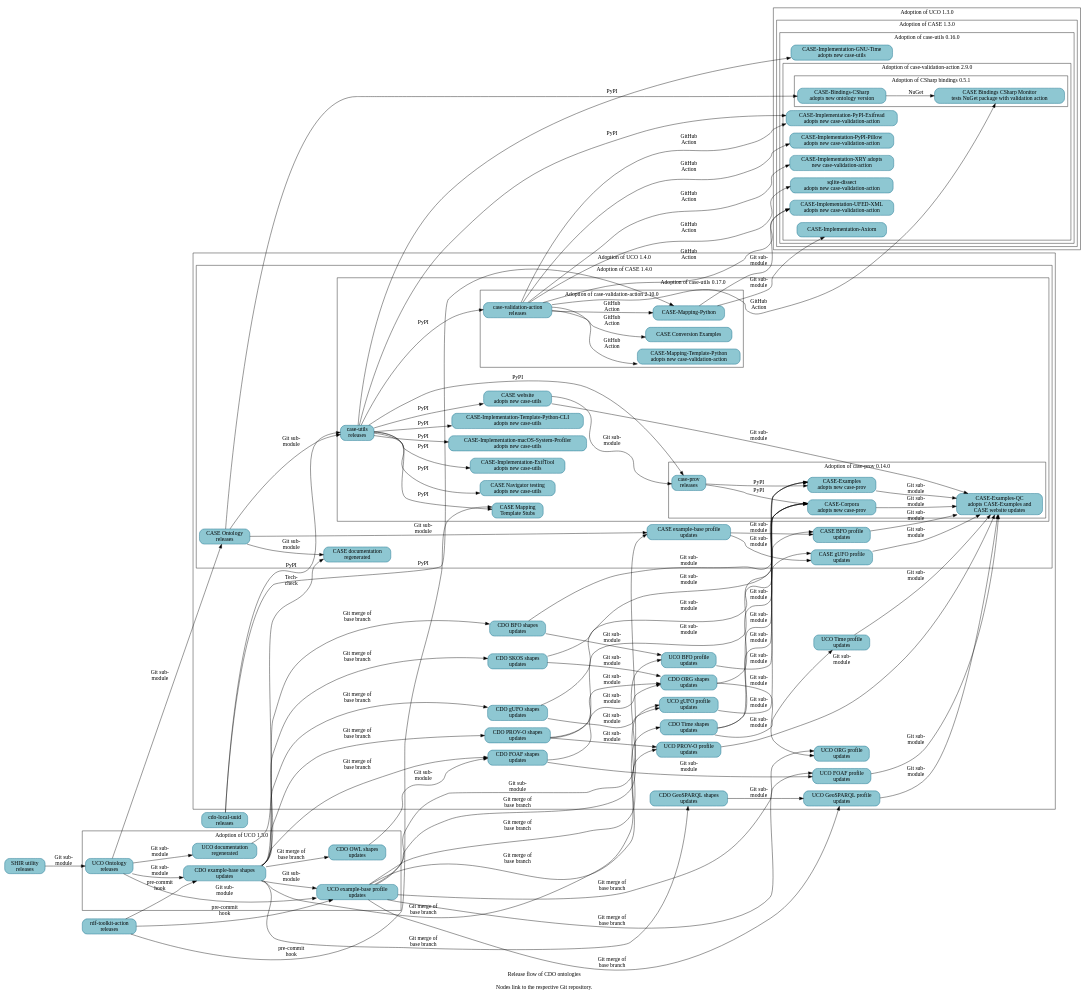
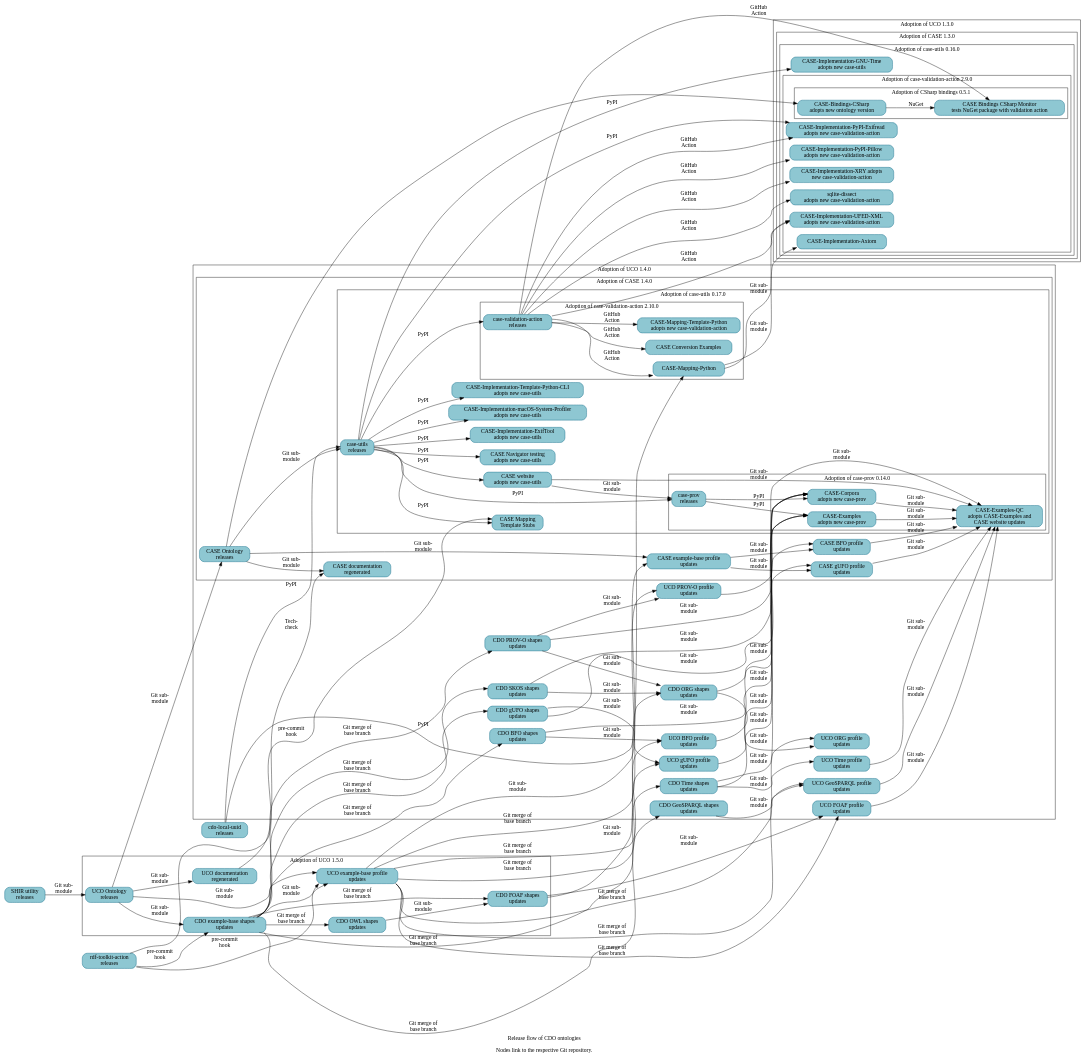
Before and after one commit to Cyber-Domain-Ontology/cdo.github.io: the diagram in resources/project_release_flow.dot, drawn with Graphviz. The commit also changed other lines of this file, not shown here.

```diff
--- a/resources/project_release_flow.dot
+++ b/resources/project_release_flow.dot
@@ -43,7 +43,6 @@
     label = "Adoption of UCO 1.4.0" ;
 
     _GH__CYBER_DOMAIN_ONTOLOGY__CDO_SHAPES_BFO [URL="https://github.com/Cyber-Domain-Ontology/CDO-Shapes-BFO" label="CDO BFO shapes\nupdates"] ;
-    _GH__CYBER_DOMAIN_ONTOLOGY__CDO_SHAPES_FOAF [URL="https://github.com/Cyber-Domain-Ontology/CDO-Shapes-FOAF" label="CDO FOAF shapes\nupdates"] ;
     _GH__CYBER_DOMAIN_ONTOLOGY__CDO_SHAPES_GEOSPARQL [URL="https://github.com/Cyber-Domain-Ontology/CDO-Shapes-GeoSPARQL" label="CDO GeoSPARQL shapes\nupdates"] ;
     _GH__CYBER_DOMAIN_ONTOLOGY__CDO_SHAPES_GUFO [URL="https://github.com/Cyber-Domain-Ontology/CDO-Shapes-gufo" label="CDO gUFO shapes\nupdates"] ;
     _GH__CYBER_DOMAIN_ONTOLOGY__CDO_SHAPES_ORG [URL="https://github.com/Cyber-Domain-Ontology/CDO-Shapes-ORG" label="CDO ORG shapes\nupdates"] ;
@@ -103,6 +102,7 @@
     label = "Adoption of UCO 1.5.0" ;
 
     _GH__CYBER_DOMAIN_ONTOLOGY__CDO_SHAPES_EXAMPLE [URL="https://github.com/Cyber-Domain-Ontology/CDO-Shapes-Example" label="CDO example-base shapes\nupdates"] ;
+    _GH__CYBER_DOMAIN_ONTOLOGY__CDO_SHAPES_FOAF [URL="https://github.com/Cyber-Domain-Ontology/CDO-Shapes-FOAF" label="CDO FOAF shapes\nupdates"] ;
     _GH__CYBER_DOMAIN_ONTOLOGY__CDO_SHAPES_OWL [URL="https://github.com/Cyber-Domain-Ontology/CDO-Shapes-OWL" label="CDO OWL shapes\nupdates"] ;
     _GH__UCOPROJECT__ONTOLOGY_UNIFIEDCYBERONTOLOGY_ORG [URL="https://github.com/ucoProject/ontology.unifiedcyberontology.org" label="UCO documentation\nregenerated"] ;
     _GH__UCOPROJECT__UCO [URL="https://github.com/ucoProject/UCO" label="UCO Ontology\nreleases"] ;
```
